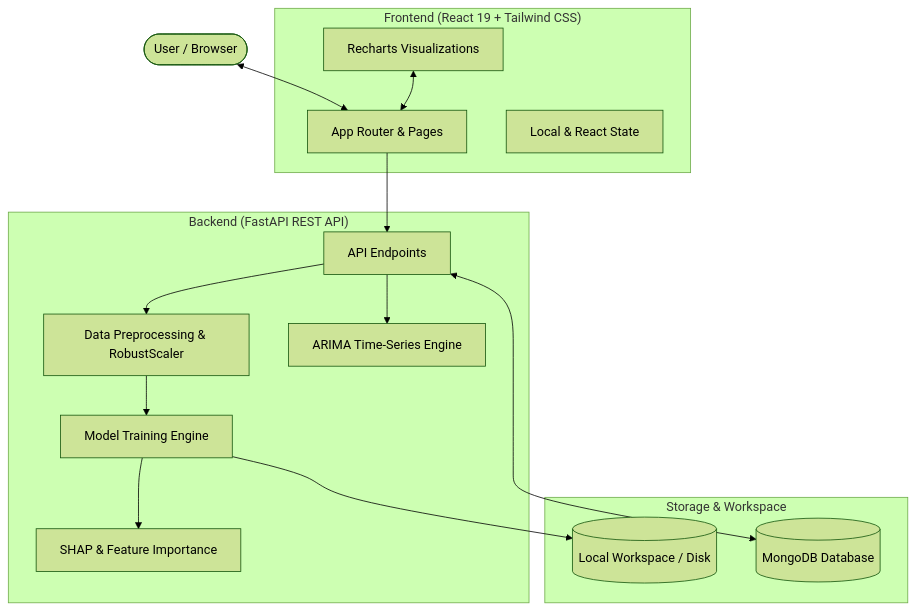
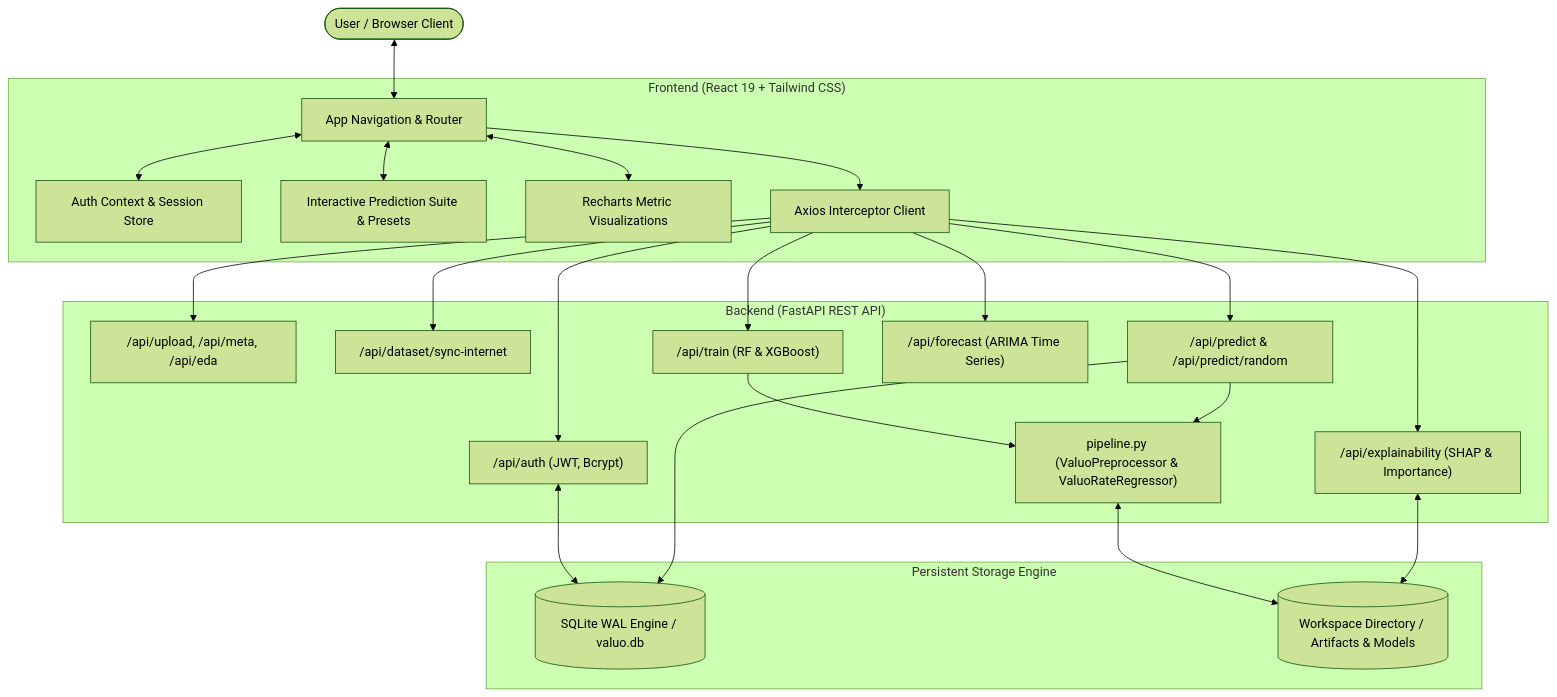
Before and after one commit to HemanthSushi/Valuo: the diagram in README.md, drawn with Mermaid (forest theme). The commit also changed other lines of this file and 279 other files, not shown here.

First line of the commit message:
feat: migrate to SQLite WAL engine, implement JWT auth, and revamp UI/ML pipeline

````diff
--- a/README.md
+++ b/README.md
@@ -113,33 +78,47 @@
 ```mermaid
 flowchart TD
-    User([User / Browser])
+    User([User / Browser Client])
     
     subgraph Frontend ["Frontend (React 19 + Tailwind CSS)"]
-        UI[App Router & Pages]
-        State[Local & React State]
-        Charts[Recharts Visualizations]
+        UI[App Navigation & Router]
+        AuthStore[Auth Context & Session Store]
+        PredictUI[Interactive Prediction Suite & Presets]
+        Charts[Recharts Metric Visualizations]
+        Axios[Axios Interceptor Client]
     end
 
     subgraph Backend ["Backend (FastAPI REST API)"]
-        Router[API Endpoints]
-        Preproc[Data Preprocessing & RobustScaler]
-        Trainer[Model Training Engine]
-        XAI[SHAP & Feature Importance]
-        Forecaster[ARIMA Time-Series Engine]
+        AuthRouter["/api/auth (JWT, Bcrypt)"]
+        DataRouter["/api/upload, /api/meta, /api/eda"]
+        SyncEngine["/api/dataset/sync-internet"]
+        PipelineEngine["pipeline.py (ValuoPreprocessor & ValuoRateRegressor)"]
+        TrainRouter["/api/train (RF & XGBoost)"]
+        InferenceRouter["/api/predict & /api/predict/random"]
+        XAIRouter["/api/explainability (SHAP & Importance)"]
+        ARIMARouter["/api/forecast (ARIMA Time Series)"]
     end
 
-    subgraph Storage ["Storage & Workspace"]
-        FS[(Local Workspace / Disk)]
-        DB[(MongoDB Database)]
+    subgraph Storage ["Persistent Storage Engine"]
+        SQLiteDB[(SQLite WAL Engine / valuo.db)]
+        WorkspaceFS[(Workspace Directory / Artifacts & Models)]
     end
 
     User <--> UI
-    UI --> Router
-    Router --> Preproc
-    Preproc --> Trainer
-    Trainer --> FS
-    Trainer --> XAI
-    Router --> Forecaster
-    Router <--> DB
-    Charts <--> UI
+    UI <--> AuthStore
+    UI <--> PredictUI
+    UI <--> Charts
+    UI --> Axios
+    Axios --> AuthRouter
+    Axios --> DataRouter
+    Axios --> SyncEngine
+    Axios --> TrainRouter
+    Axios --> InferenceRouter
+    Axios --> XAIRouter
+    Axios --> ARIMARouter
+    AuthRouter <--> SQLiteDB
+    TrainRouter --> PipelineEngine
+    InferenceRouter --> PipelineEngine
+    PipelineEngine <--> WorkspaceFS
+    XAIRouter <--> WorkspaceFS
+    InferenceRouter --> SQLiteDB
 ```
````
